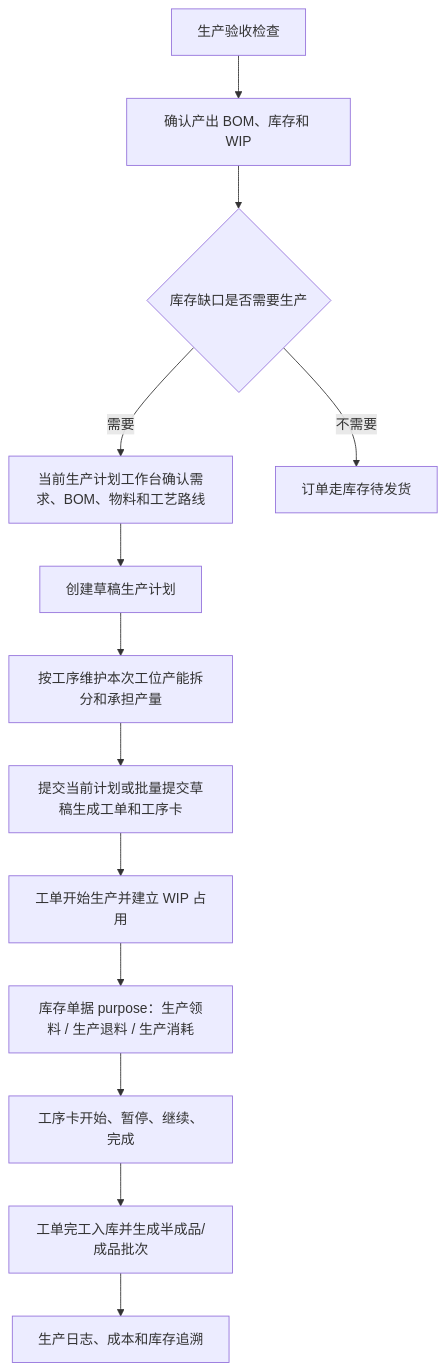
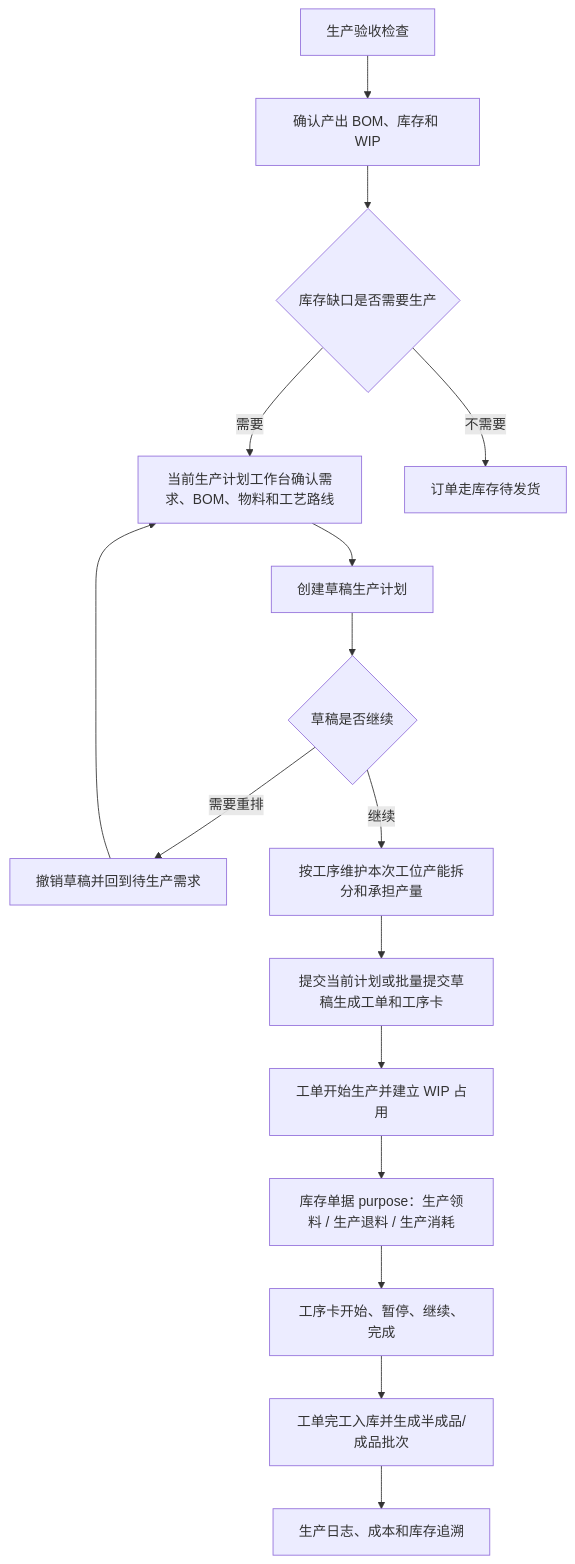
One commit to Backstage2539/KFerp changed the diagram in orderapp-remote/docs/OP_MANUAL_PRODUCTION.md. Above: the diagram before and after it, drawn with Mermaid. The commit also changed other lines of this file and 22 other files, not shown here.

````diff
--- a/orderapp-remote/docs/OP_MANUAL_PRODUCTION.md
+++ b/orderapp-remote/docs/OP_MANUAL_PRODUCTION.md
@@ -22,15 +24,18 @@
 ```mermaid
 flowchart TD
   A["生产验收检查"] --> B["确认产出 BOM、库存和 WIP"]
   B --> C{"库存缺口是否需要生产"}
   C -->|需要| D["当前生产计划工作台确认需求、BOM、物料和工艺路线"]
   C -->|不需要| E["订单走库存待发货"]
   D --> F["创建草稿生产计划"]
-  F --> M["按工序维护本次工位产能拆分和承担产量"]
+  F --> N{"草稿是否继续"}
+  N -->|需要重排| O["撤销草稿并回到待生产需求"]
+  O --> D
+  N -->|继续| M["按工序维护本次工位产能拆分和承担产量"]
   M --> J["提交当前计划或批量提交草稿生成工单和工序卡"]
   J --> I["工单开始生产并建立 WIP 占用"]
   I --> K["库存单据 purpose：生产领料 / 生产退料 / 生产消耗"]
   K --> L["工序卡开始、暂停、继续、完成"]
   L --> G["工单完工入库并生成半成品/成品批次"]
   G --> H["生产日志、成本和库存追溯"]
 ```
````
